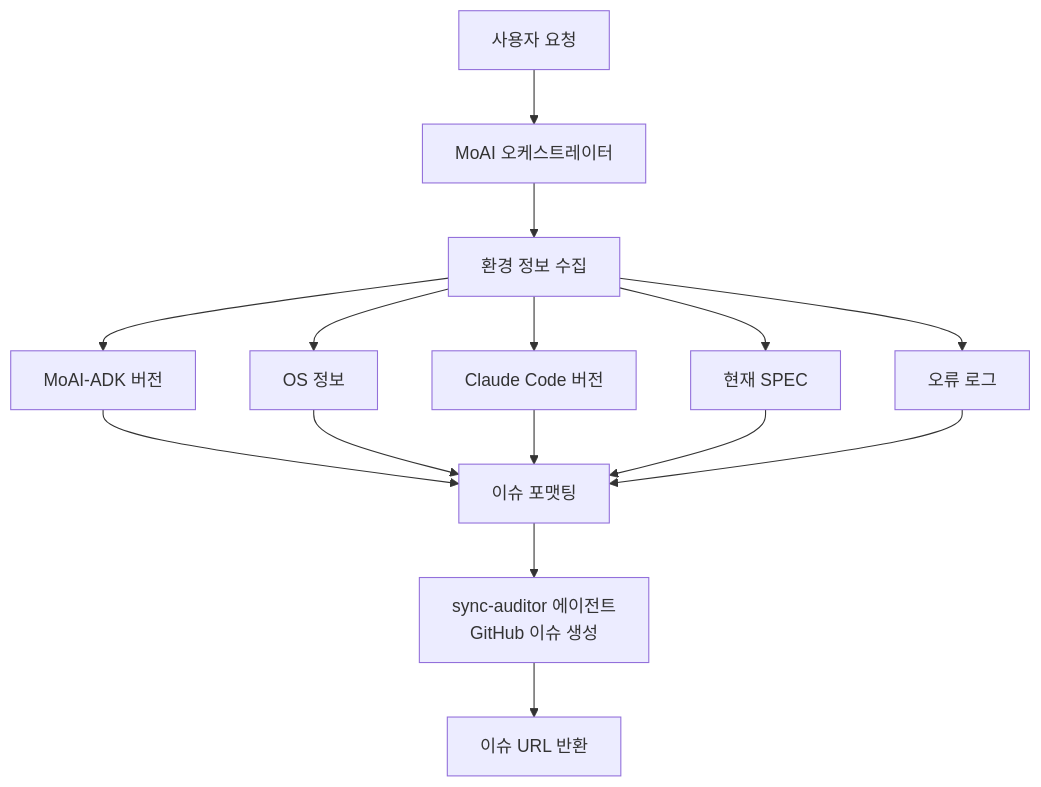
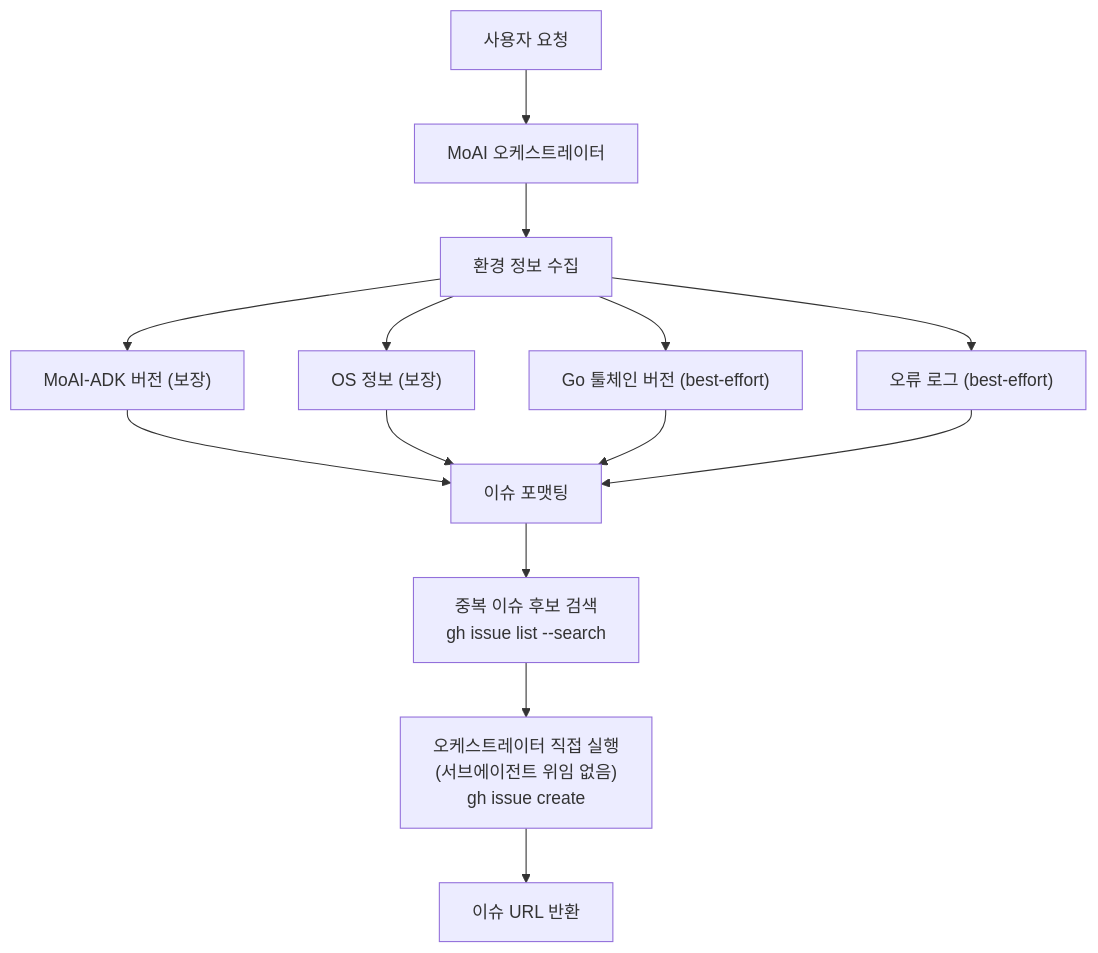
One commit to modu-ai/moai-adk changed the second of 2 diagrams in docs-site/content/ko/utility-commands/moai-feedback.md. Above: the diagram before and after it, drawn with Mermaid. The commit also changed other lines of this file, not shown here.

First line of the commit message:
docs(SPEC-V3R6-DOCS-POSTREBUILD-CLEANUP-001): M4 ko moai-feedback.md 내용 정합 (SPEC-INVOCATION-MODEL-001 4대 강화)

````diff
--- a/docs-site/content/ko/utility-commands/moai-feedback.md
+++ b/docs-site/content/ko/utility-commands/moai-feedback.md
@@ -125,20 +150,19 @@
 ```mermaid
 flowchart TD
     User["사용자 요청"] --> Orchestrator["MoAI 오케스트레이터"]
     Orchestrator --> Collect["환경 정보 수집"]
 
-    Collect --> Info1["MoAI-ADK 버전"]
-    Collect --> Info2["OS 정보"]
-    Collect --> Info3["Claude Code 버전"]
-    Collect --> Info4["현재 SPEC"]
-    Collect --> Info5["오류 로그"]
+    Collect --> Info1["MoAI-ADK 버전 (보장)"]
+    Collect --> Info2["OS 정보 (보장)"]
+    Collect --> Info3["Go 툴체인 버전 (best-effort)"]
+    Collect --> Info4["오류 로그 (best-effort)"]
 
     Info1 --> Format["이슈 포맷팅"]
     Info2 --> Format
     Info3 --> Format
     Info4 --> Format
-    Info5 --> Format
 
-    Format --> GitHub["sync-auditor 에이전트<br/>GitHub 이슈 생성"]
+    Format --> Dup["중복 이슈 후보 검색<br/>gh issue list --search"]
+    Dup --> GitHub["오케스트레이터 직접 실행<br/>(서브에이전트 위임 없음)<br/>gh issue create"]
     GitHub --> Complete["이슈 URL 반환"]
 ```
````
